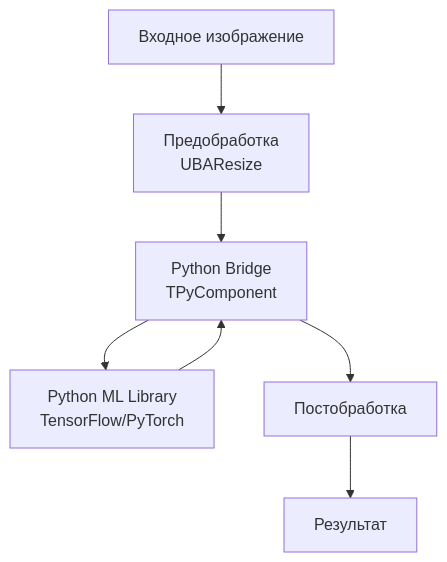
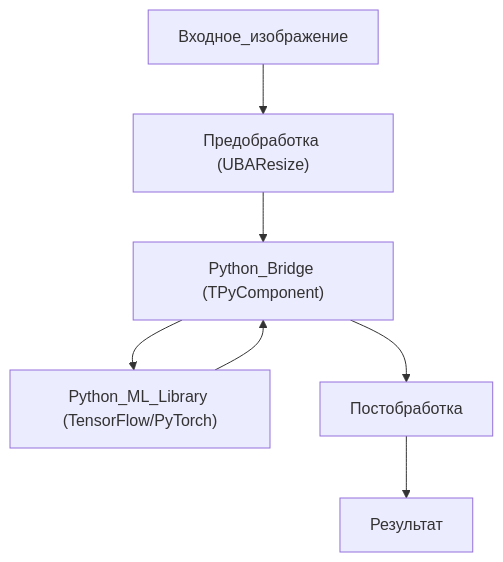
One commit to aicommunity/Rdk-PyMachineLearningLib changed the first of 3 diagrams in Docs/Diagrams/ML-Pipeline.md. Above: the diagram before and after it, drawn with Mermaid. The commit also changed other lines of this file and 1 other file, not shown here.

````diff
--- a/Docs/Diagrams/ML-Pipeline.md
+++ b/Docs/Diagrams/ML-Pipeline.md
@@ -7,16 +7,16 @@
 ```mermaid
 flowchart TB
-    Input[Входное изображение]
-    Preprocess[Предобработка<br/>UBAResize]
-    PythonBridge[Python Bridge<br/>TPyComponent]
-    PythonML[Python ML Library<br/>TensorFlow/PyTorch]
+    Input[Входное_изображение]
+    Preprocess["Предобработка (UBAResize)"]
+    PythonBridge["Python_Bridge (TPyComponent)"]
+    PythonML["Python_ML_Library (TensorFlow/PyTorch)"]
     Postprocess[Постобработка]
     Output[Результат]
     
     Input --> Preprocess
     Preprocess --> PythonBridge
     PythonBridge --> PythonML
     PythonML --> PythonBridge
     PythonBridge --> Postprocess
     Postprocess --> Output
 ```
````
